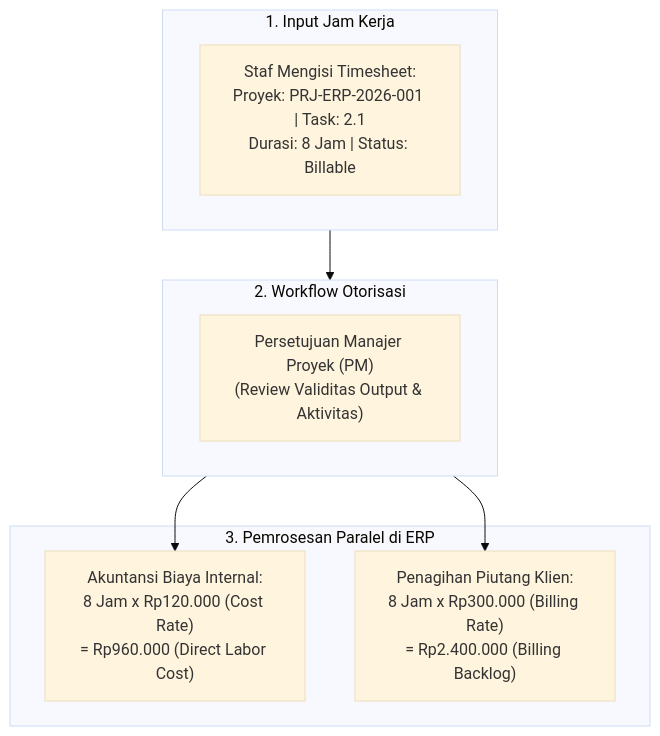
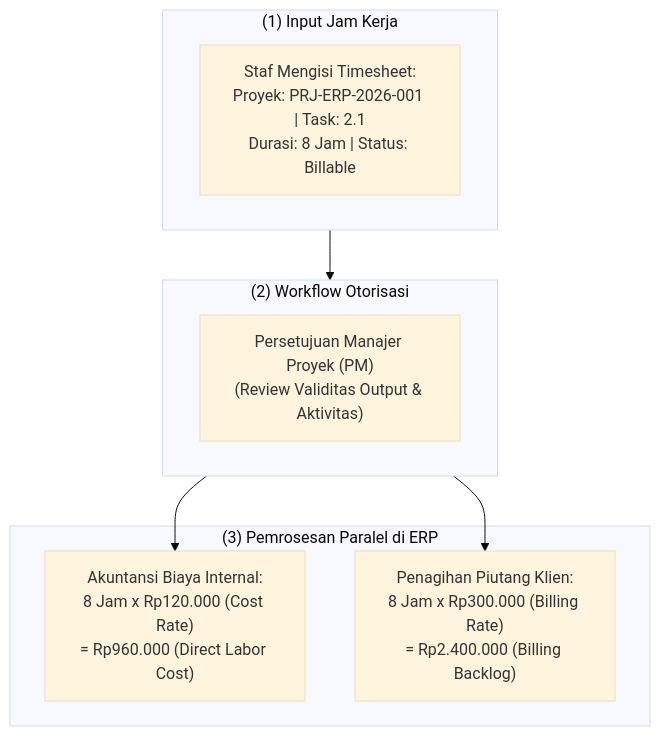
The first of 3 diagrams in content/09-project/timesheet-and-effort-tracking.md (alimurrofid/erp-notes), drawn with Mermaid (base theme) before and after one commit. The commit also changed 132 other files, not shown here.

````diff
--- a/content/09-project/timesheet-and-effort-tracking.md
+++ b/content/09-project/timesheet-and-effort-tracking.md
@@ -11,19 +11,19 @@
 ```mermaid
 flowchart TD
-    subgraph Input["1. Input Jam Kerja"]
+    subgraph Input["(1) Input Jam Kerja"]
         TS["Staf Mengisi Timesheet:<br/>Proyek: PRJ-ERP-2026-001 | Task: 2.1<br/>Durasi: 8 Jam | Status: Billable"]
     end
 
-    subgraph Approval["2. Workflow Otorisasi"]
+    subgraph Approval["(2) Workflow Otorisasi"]
         PM["Persetujuan Manajer Proyek (PM)<br/>(Review Validitas Output & Aktivitas)"]
     end
 
-    subgraph ParallelPosting["3. Pemrosesan Paralel di ERP"]
+    subgraph ParallelPosting["(3) Pemrosesan Paralel di ERP"]
         CostRun["Akuntansi Biaya Internal:<br/>8 Jam x Rp120.000 (Cost Rate)<br/>= Rp960.000 (Direct Labor Cost)"]
         BillRun["Penagihan Piutang Klien:<br/>8 Jam x Rp300.000 (Billing Rate)<br/>= Rp2.400.000 (Billing Backlog)"]
     end
 
     Input --> Approval
     Approval --> CostRun
     Approval --> BillRun
 ```
````
